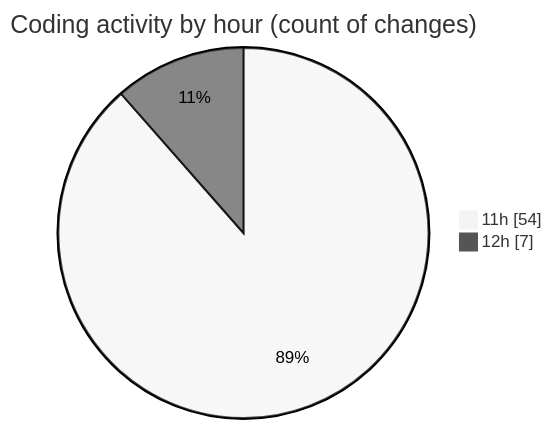
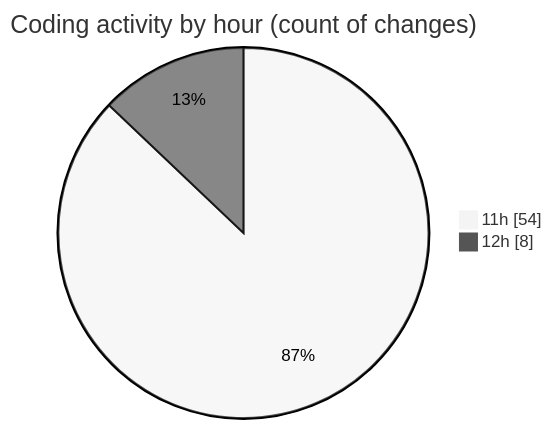
The second of 2 diagrams in 2025-03-17/audiobooks-web/README.md (robertbonfada/code-tracking), drawn with Mermaid (neutral theme) before and after one commit. The commit also changed other lines of this file and 1 other file, not shown here.

````diff
--- a/2025-03-17/audiobooks-web/README.md
+++ b/2025-03-17/audiobooks-web/README.md
@@ -36,6 +36,6 @@
 ```mermaid
 pie showData
 title Coding activity by hour (count of changes)
 "11h" : 54
-"12h" : 7
+"12h" : 8
 ```
````
